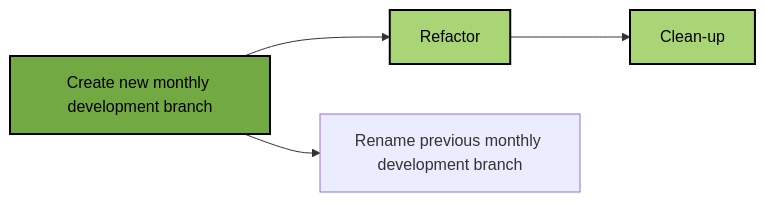
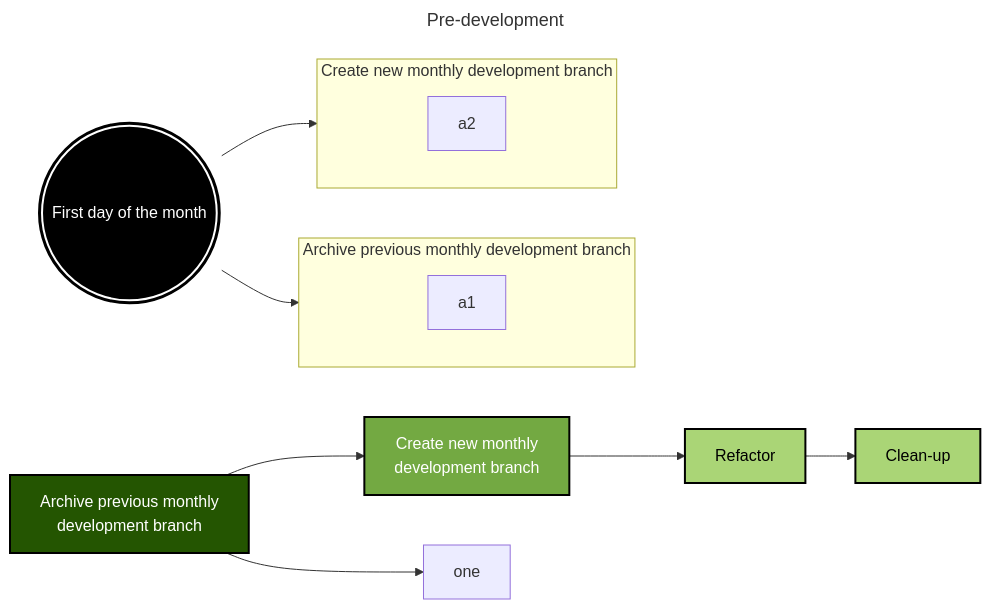
One commit to spectrum-health-systems/Abatab changed the second of 3 diagrams in README_development.md. Above: the diagram before and after it, drawn with Mermaid. The commit also changed other lines of this file, not shown here.

````diff
--- a/README_development.md
+++ b/README_development.md
@@ -99,13 +96,30 @@
 ```mermaid
+---
+title: Pre-development
+---
 flowchart LR
-  CreateNewMonthlyDevelopmentBranch[Create new monthly development branch] --> Refactor[Refactor] --> CleanUp[Clean-up]
-  CreateNewMonthlyDevelopmentBranch --> RenamePreviousMonthlyDevelopmentBranch["Rename previous monthly development branch"]
+  FirstDayOfTheMonth((("First day of the month"))) --> sgArchivePrevious
+  FirstDayOfTheMonth((("First day of the month"))) --> sgCreateNew
+  
+  ArchivePreviousMonthlyDevelopmentBranch["Archive previous monthly\n development branch"] --> CreateNewMonthlyDevelopmentBranch[Create new monthly\ndevelopment branch]
+  CreateNewMonthlyDevelopmentBranch --> Refactor[Refactor] --> CleanUp[Clean-up]
+  
+  ArchivePreviousMonthlyDevelopmentBranch --> one
+  subgraph sgArchivePrevious ["Archive previous monthly development branch"]
+  a1
+  end
+  subgraph sgCreateNew ["Create new monthly development branch"]
+  a2
+  end
 
-  classDef Green73A942BlackBlack fill:#73A942, color:#000000, stroke:#000000,stroke-width:2px
+  %%classDef Green1A4301BlackBlack fill:#1A4301, color:#000000, stroke:#000000,stroke-width:2px
+  classDef Green245501WhiteBlack fill:#245501, color:#FFFFFF, stroke:#000000,stroke-width:2px
+  classDef Green73A942WhiteBlack fill:#73A942, color:#FFFFFF, stroke:#000000,stroke-width:2px
   classDef GreenAAD576BlackBlack fill:#AAD576, color:#000000, stroke:#000000,stroke-width:2px
-  classDef WhiteBlackBlack fill:#FFFFFF, color:#000000, stroke:#000000,stroke-width:2px
+  classDef WhiteBlackBlack fill:#000000, color:#FFFFFF, stroke:#FFFFFF,stroke-width:2px
   
-  class CreateNewMonthlyDevelopmentBranch Green73A942BlackBlack
+  class ArchivePreviousMonthlyDevelopmentBranch Green245501WhiteBlack
+  class CreateNewMonthlyDevelopmentBranch Green73A942WhiteBlack
   class Refactor,CleanUp GreenAAD576BlackBlack
-  class NonProductionTesting WhiteBlackBlack
+  class FirstDayOfTheMonth WhiteBlackBlack
 ```
````
